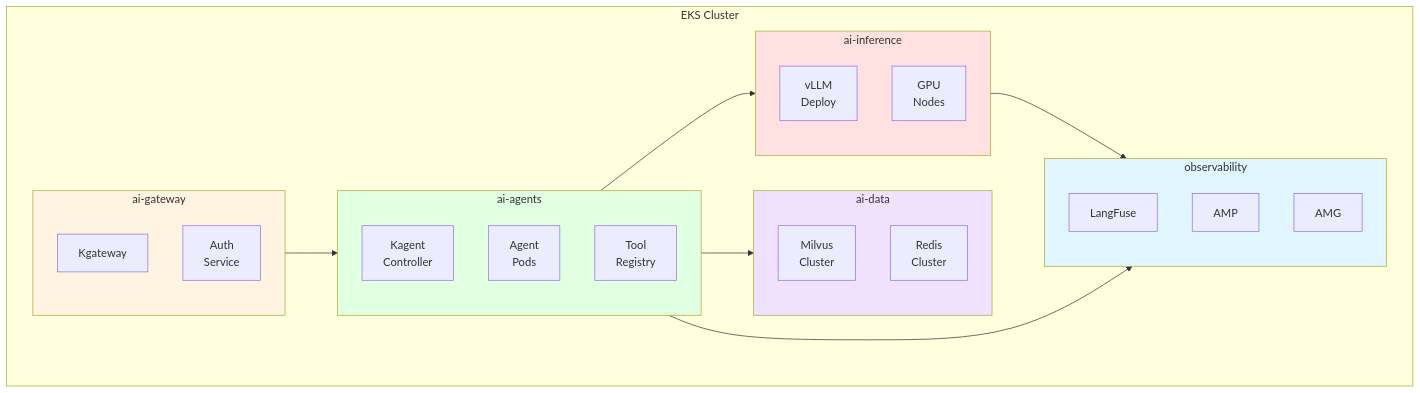
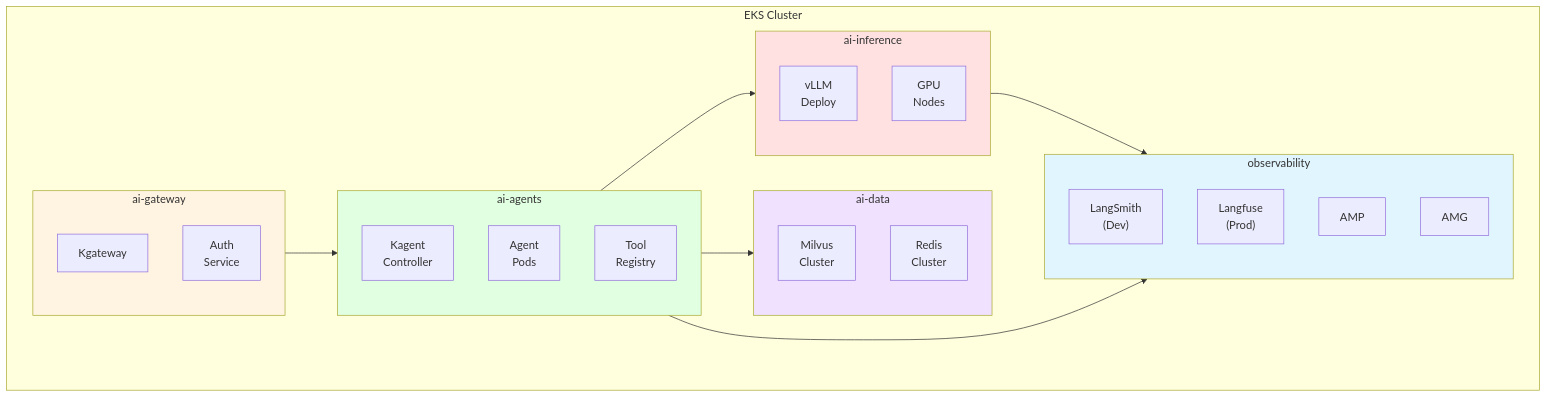
The sixth of 10 diagrams in docs/agentic-ai-platform/design-architecture/agentic-platform-architecture.md (devfloor9/engineering-playbook), drawn with Mermaid before and after one commit. The commit also changed other lines of this file and 5 other files, not shown here.

````diff
--- a/docs/agentic-ai-platform/design-architecture/agentic-platform-architecture.md
+++ b/docs/agentic-ai-platform/design-architecture/agentic-platform-architecture.md
@@ -487,43 +489,44 @@
 ```mermaid
 flowchart TD
     subgraph Cluster["EKS Cluster"]
         subgraph NSGateway["ai-gateway"]
             GW["Kgateway"]
             AUTH["Auth<br/>Service"]
         end
 
         subgraph NSAgents["ai-agents"]
             KAGENT["Kagent<br/>Controller"]
             AGENTS["Agent<br/>Pods"]
             TOOLS["Tool<br/>Registry"]
         end
 
         subgraph NSInference["ai-inference"]
             VLLM["vLLM<br/>Deploy"]
             GPU["GPU<br/>Nodes"]
         end
 
         subgraph NSData["ai-data"]
             MILVUS["Milvus<br/>Cluster"]
             REDIS["Redis<br/>Cluster"]
         end
 
         subgraph NSObs["observability"]
-            LANGFUSE["LangFuse"]
+            LANGSMITH2["LangSmith<br/>(Dev)"]
+            LANGFUSE2["Langfuse<br/>(Prod)"]
             AMP["AMP"]
             AMG["AMG"]
         end
     end
 
     NSGateway --> NSAgents
     NSAgents --> NSInference
     NSAgents --> NSData
     NSInference --> NSObs
     NSAgents --> NSObs
 
     style NSGateway fill:#fff4e1
     style NSAgents fill:#e1ffe1
     style NSInference fill:#ffe1e1
     style NSData fill:#f0e1ff
     style NSObs fill:#e1f5ff
 ```
````
